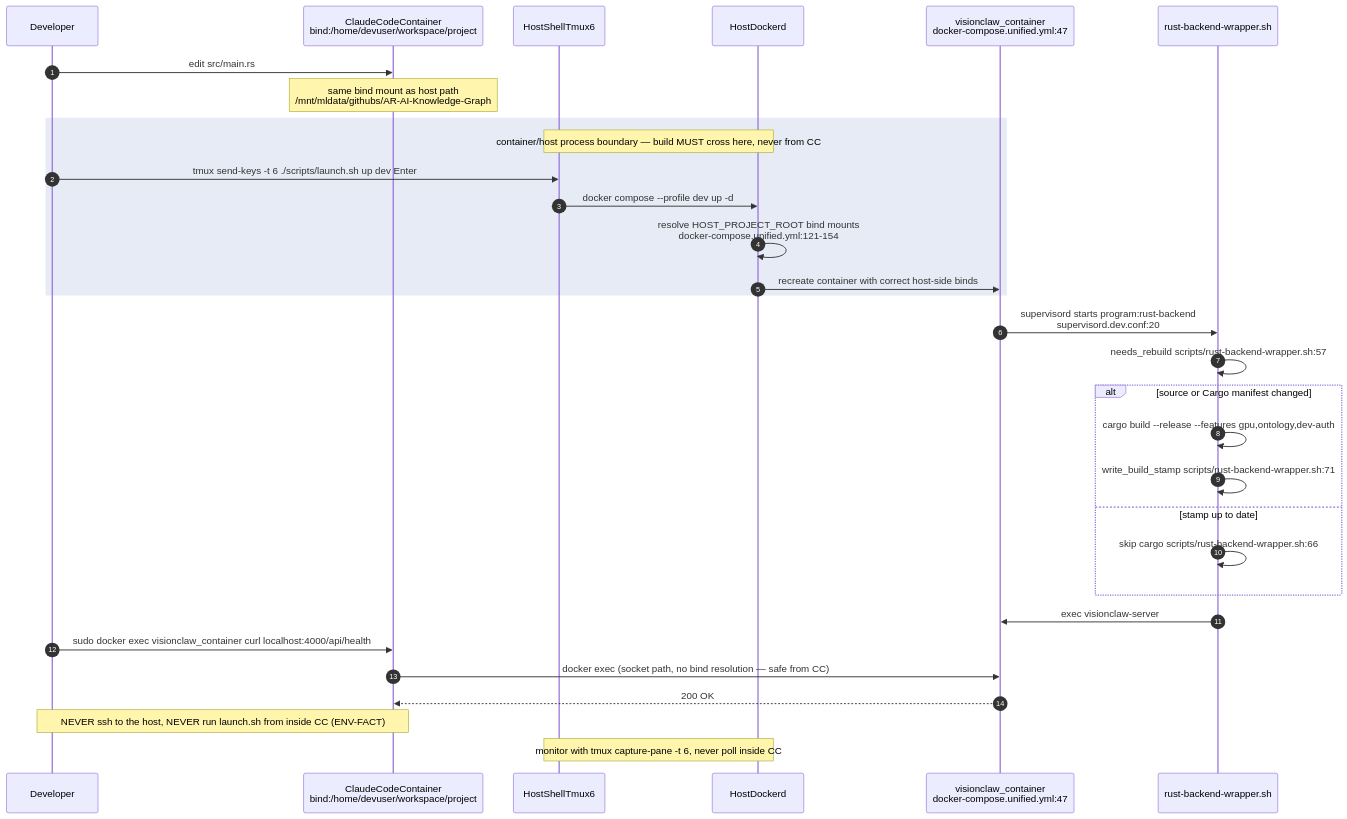
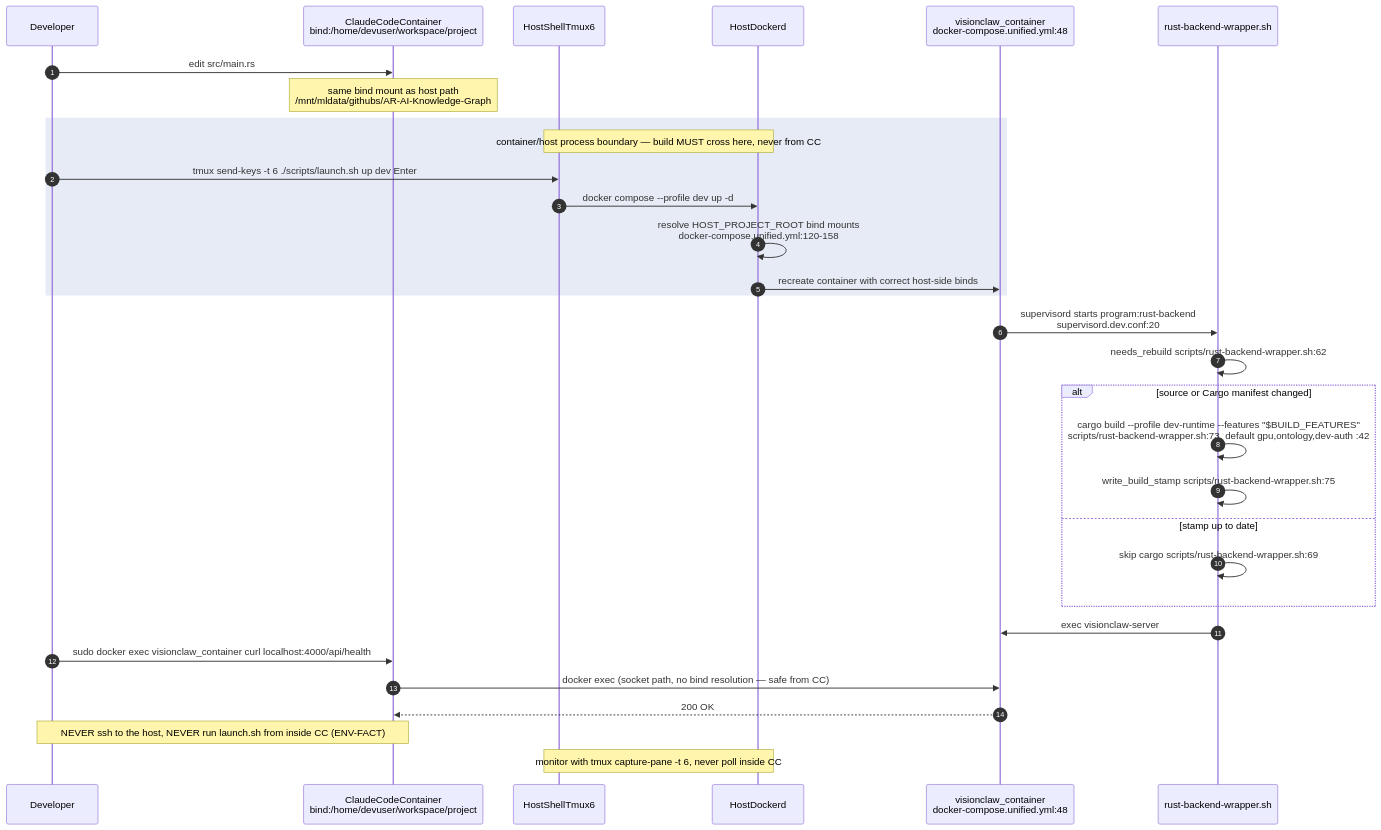
One commit to DreamLab-AI/VisionFlow changed the second of 23 diagrams in docs/diagrams/estate/09-build-deploy-and-ci-estate.md. Above: the diagram before and after it, drawn with Mermaid. The commit also changed other lines of this file and 12 other files, not shown here.

````diff
--- a/docs/diagrams/estate/09-build-deploy-and-ci-estate.md
+++ b/docs/diagrams/estate/09-build-deploy-and-ci-estate.md
@@ -112,34 +112,34 @@
 ```mermaid
 sequenceDiagram
     autonumber
     participant Dev as Developer
     participant CC as ClaudeCodeContainer<br/>bind:/home/devuser/workspace/project
     participant T6 as HostShellTmux6
     participant DD as HostDockerd
-    participant DC as visionclaw_container<br/>docker-compose.unified.yml:47
+    participant DC as visionclaw_container<br/>docker-compose.unified.yml:48
     participant W as rust-backend-wrapper.sh
 
     Dev->>CC: edit src/main.rs
     Note over CC: same bind mount as host path<br/>/mnt/mldata/githubs/AR-AI-Knowledge-Graph
     rect rgb(230,235,245)
     Note over T6,DD: container/host process boundary — build MUST cross here, never from CC
     Dev->>T6: tmux send-keys -t 6 ./scripts/launch.sh up dev Enter
     T6->>DD: docker compose --profile dev up -d
-    DD->>DD: resolve HOST_PROJECT_ROOT bind mounts<br/>docker-compose.unified.yml:121-154
+    DD->>DD: resolve HOST_PROJECT_ROOT bind mounts<br/>docker-compose.unified.yml:120-158
     DD->>DC: recreate container with correct host-side binds
     end
     DC->>W: supervisord starts program:rust-backend<br/>supervisord.dev.conf:20
-    W->>W: needs_rebuild scripts/rust-backend-wrapper.sh:57
+    W->>W: needs_rebuild scripts/rust-backend-wrapper.sh:62
     alt source or Cargo manifest changed
-        W->>W: cargo build --release --features gpu,ontology,dev-auth
-        W->>W: write_build_stamp scripts/rust-backend-wrapper.sh:71
+        W->>W: cargo build --profile dev-runtime --features "$BUILD_FEATURES"<br/>scripts/rust-backend-wrapper.sh:73, default gpu,ontology,dev-auth :42
+        W->>W: write_build_stamp scripts/rust-backend-wrapper.sh:75
     else stamp up to date
-        W->>W: skip cargo scripts/rust-backend-wrapper.sh:66
+        W->>W: skip cargo scripts/rust-backend-wrapper.sh:69
     end
     W->>DC: exec visionclaw-server
     Dev->>CC: sudo docker exec visionclaw_container curl localhost:4000/api/health
     CC->>DC: docker exec (socket path, no bind resolution — safe from CC)
     DC-->>CC: 200 OK
     Note over Dev,CC: NEVER ssh to the host, NEVER run launch.sh from inside CC (ENV-FACT)
     Note over T6,DD: monitor with tmux capture-pane -t 6, never poll inside CC
 ```
````
